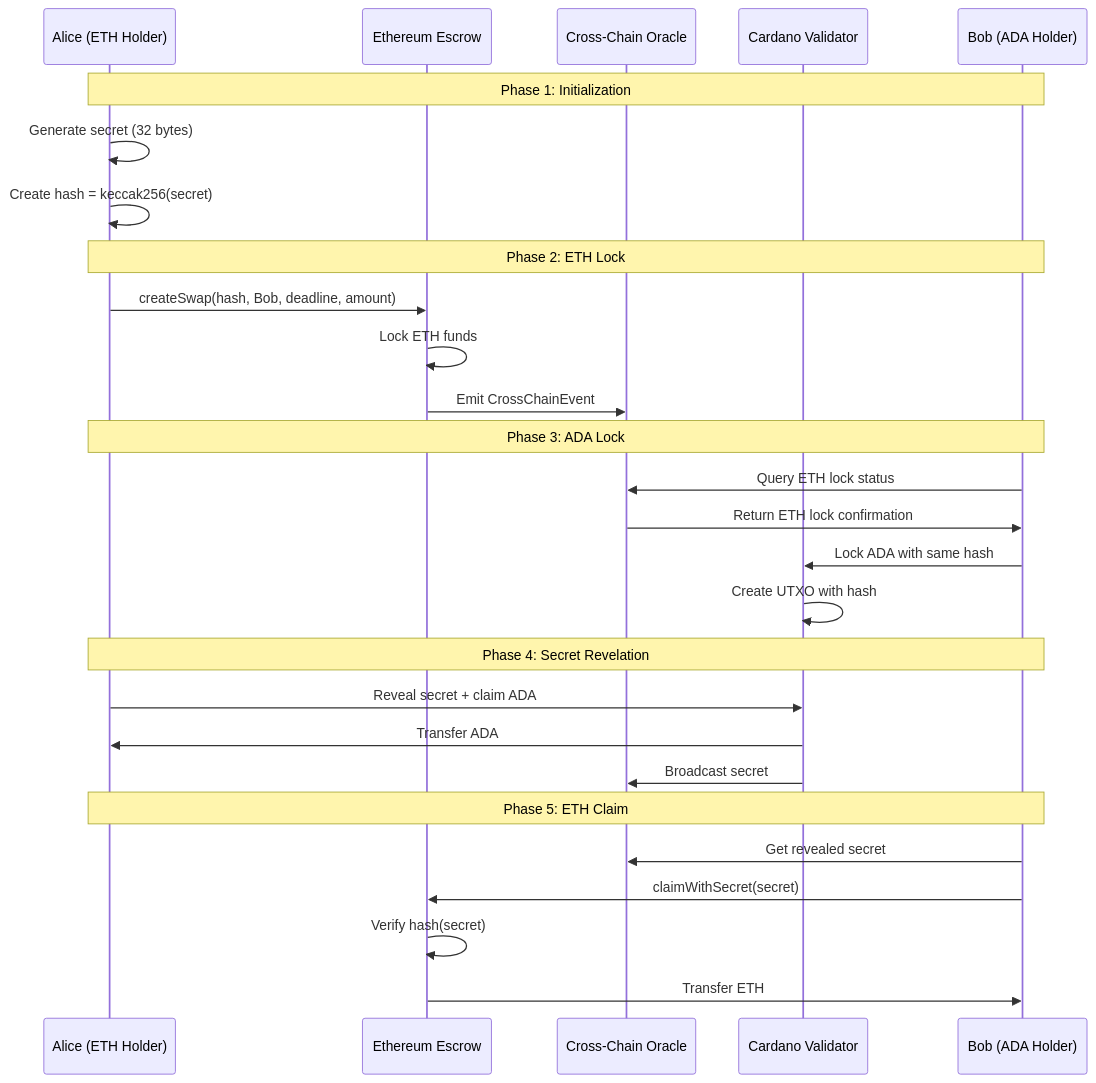
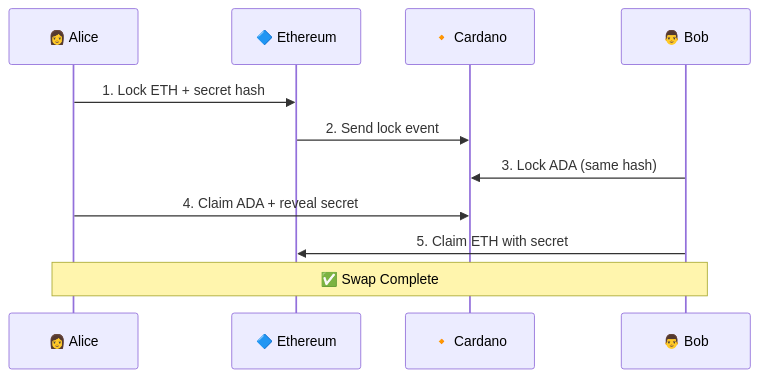
The eighth of 20 diagrams in README.md (SHLOK333/nuvex-cardano), drawn with Mermaid before and after one commit. The commit also changed other lines of this file, not shown here.

First line of the commit message:
Simplify complex diagrams and fix markdown issues

````diff
--- a/README.md
+++ b/README.md
@@ -899,34 +488,14 @@
 ```mermaid
 sequenceDiagram
-    participant Alice as Alice (ETH Holder)
-    participant EthContract as Ethereum Escrow
-    participant Oracle as Cross-Chain Oracle
-    participant CardanoContract as Cardano Validator
-    participant Bob as Bob (ADA Holder)
+    participant Alice as 👩 Alice
+    participant ETH as 🔷 Ethereum
+    participant ADA as 🔸 Cardano
+    participant Bob as 👨 Bob
 
-    Note over Alice,Bob: Phase 1: Initialization
-    Alice->>Alice: Generate secret (32 bytes)
-    Alice->>Alice: Create hash = keccak256(secret)
-    
-    Note over Alice,Bob: Phase 2: ETH Lock
-    Alice->>EthContract: createSwap(hash, Bob, deadline, amount)
-    EthContract->>EthContract: Lock ETH funds
-    EthContract->>Oracle: Emit CrossChainEvent
-    
-    Note over Alice,Bob: Phase 3: ADA Lock
-    Bob->>Oracle: Query ETH lock status
-    Oracle->>Bob: Return ETH lock confirmation
-    Bob->>CardanoContract: Lock ADA with same hash
-    CardanoContract->>CardanoContract: Create UTXO with hash
-    
-    Note over Alice,Bob: Phase 4: Secret Revelation
-    Alice->>CardanoContract: Reveal secret + claim ADA
-    CardanoContract->>Alice: Transfer ADA
-    CardanoContract->>Oracle: Broadcast secret
-    
-    Note over Alice,Bob: Phase 5: ETH Claim
-    Bob->>Oracle: Get revealed secret
-    Bob->>EthContract: claimWithSecret(secret)
-    EthContract->>EthContract: Verify hash(secret)
-    EthContract->>Bob: Transfer ETH
+    Alice->>ETH: 1. Lock ETH + secret hash
+    ETH->>ADA: 2. Send lock event
+    Bob->>ADA: 3. Lock ADA (same hash)
+    Alice->>ADA: 4. Claim ADA + reveal secret
+    Bob->>ETH: 5. Claim ETH with secret
+    Note over Alice,Bob: ✅ Swap Complete
 ```
````
